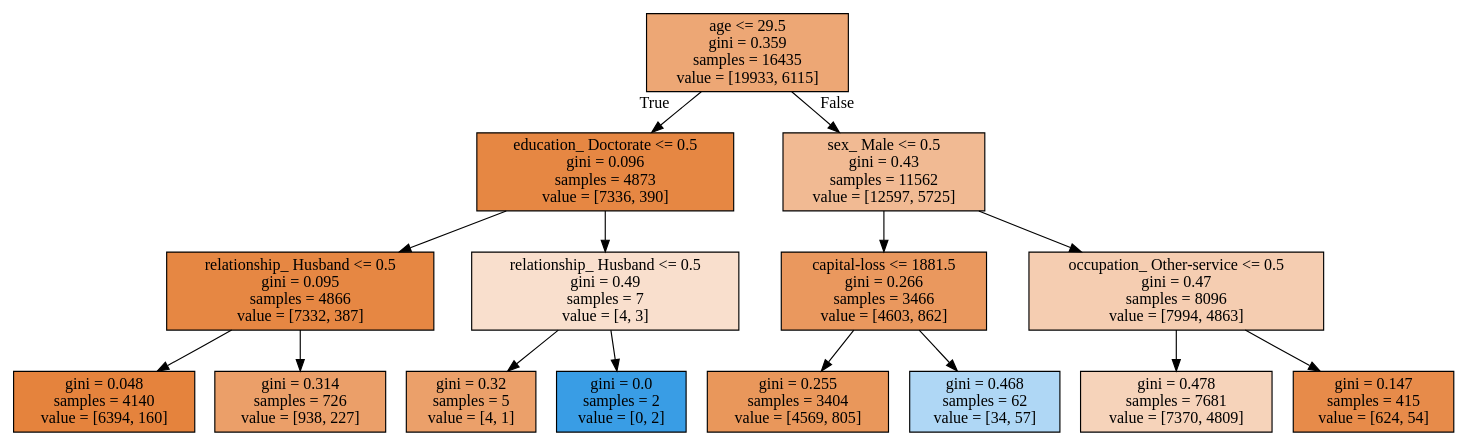
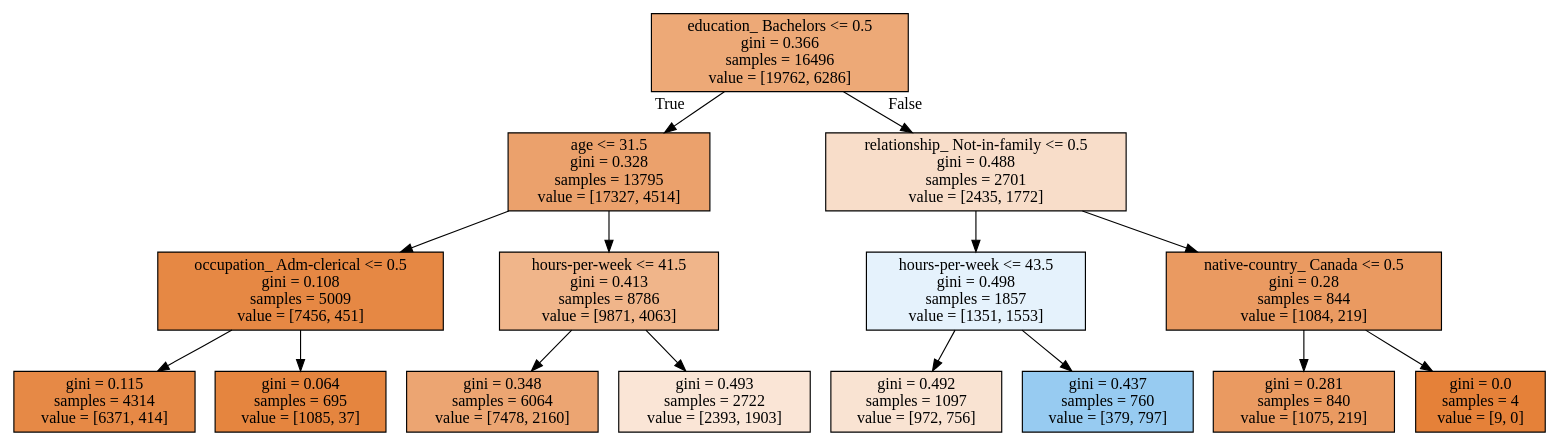
The diagram in models/tree1.dot (shirmeir/notebooks), drawn with Graphviz before and after one commit. The commit also changed 3 other files, not shown here.

```diff
--- a/models/tree1.dot
+++ b/models/tree1.dot
@@ -1,32 +1,32 @@
 digraph Tree {
 node [shape=box, style="filled", color="black"] ;
-0 [label="age <= 29.5\ngini = 0.359\nsamples = 16435\nvalue = [19933, 6115]", fillcolor="#e58139b1"] ;
-1 [label="education_ Doctorate <= 0.5\ngini = 0.096\nsamples = 4873\nvalue = [7336, 390]", fillcolor="#e58139f1"] ;
+0 [label="education_ Bachelors <= 0.5\ngini = 0.366\nsamples = 16496\nvalue = [19762, 6286]", fillcolor="#e58139ae"] ;
+1 [label="age <= 31.5\ngini = 0.328\nsamples = 13795\nvalue = [17327, 4514]", fillcolor="#e58139bd"] ;
 0 -> 1 [labeldistance=2.5, labelangle=45, headlabel="True"] ;
-2 [label="relationship_ Husband <= 0.5\ngini = 0.095\nsamples = 4866\nvalue = [7332, 387]", fillcolor="#e58139f2"] ;
+2 [label="occupation_ Adm-clerical <= 0.5\ngini = 0.108\nsamples = 5009\nvalue = [7456, 451]", fillcolor="#e58139f0"] ;
 1 -> 2 ;
-3 [label="gini = 0.048\nsamples = 4140\nvalue = [6394, 160]", fillcolor="#e58139f9"] ;
+3 [label="gini = 0.115\nsamples = 4314\nvalue = [6371, 414]", fillcolor="#e58139ee"] ;
 2 -> 3 ;
-4 [label="gini = 0.314\nsamples = 726\nvalue = [938, 227]", fillcolor="#e58139c1"] ;
+4 [label="gini = 0.064\nsamples = 695\nvalue = [1085, 37]", fillcolor="#e58139f6"] ;
 2 -> 4 ;
-5 [label="relationship_ Husband <= 0.5\ngini = 0.49\nsamples = 7\nvalue = [4, 3]", fillcolor="#e5813940"] ;
+5 [label="hours-per-week <= 41.5\ngini = 0.413\nsamples = 8786\nvalue = [9871, 4063]", fillcolor="#e5813996"] ;
 1 -> 5 ;
-6 [label="gini = 0.32\nsamples = 5\nvalue = [4, 1]", fillcolor="#e58139bf"] ;
+6 [label="gini = 0.348\nsamples = 6064\nvalue = [7478, 2160]", fillcolor="#e58139b5"] ;
 5 -> 6 ;
-7 [label="gini = 0.0\nsamples = 2\nvalue = [0, 2]", fillcolor="#399de5ff"] ;
+7 [label="gini = 0.493\nsamples = 2722\nvalue = [2393, 1903]", fillcolor="#e5813934"] ;
 5 -> 7 ;
-8 [label="sex_ Male <= 0.5\ngini = 0.43\nsamples = 11562\nvalue = [12597, 5725]", fillcolor="#e581398b"] ;
+8 [label="relationship_ Not-in-family <= 0.5\ngini = 0.488\nsamples = 2701\nvalue = [2435, 1772]", fillcolor="#e5813945"] ;
 0 -> 8 [labeldistance=2.5, labelangle=-45, headlabel="False"] ;
-9 [label="capital-loss <= 1881.5\ngini = 0.266\nsamples = 3466\nvalue = [4603, 862]", fillcolor="#e58139cf"] ;
+9 [label="hours-per-week <= 43.5\ngini = 0.498\nsamples = 1857\nvalue = [1351, 1553]", fillcolor="#399de521"] ;
 8 -> 9 ;
-10 [label="gini = 0.255\nsamples = 3404\nvalue = [4569, 805]", fillcolor="#e58139d2"] ;
+10 [label="gini = 0.492\nsamples = 1097\nvalue = [972, 756]", fillcolor="#e5813939"] ;
 9 -> 10 ;
-11 [label="gini = 0.468\nsamples = 62\nvalue = [34, 57]", fillcolor="#399de567"] ;
+11 [label="gini = 0.437\nsamples = 760\nvalue = [379, 797]", fillcolor="#399de586"] ;
 9 -> 11 ;
-12 [label="occupation_ Other-service <= 0.5\ngini = 0.47\nsamples = 8096\nvalue = [7994, 4863]", fillcolor="#e5813964"] ;
+12 [label="native-country_ Canada <= 0.5\ngini = 0.28\nsamples = 844\nvalue = [1084, 219]", fillcolor="#e58139cb"] ;
 8 -> 12 ;
-13 [label="gini = 0.478\nsamples = 7681\nvalue = [7370, 4809]", fillcolor="#e5813959"] ;
+13 [label="gini = 0.281\nsamples = 840\nvalue = [1075, 219]", fillcolor="#e58139cb"] ;
 12 -> 13 ;
-14 [label="gini = 0.147\nsamples = 415\nvalue = [624, 54]", fillcolor="#e58139e9"] ;
+14 [label="gini = 0.0\nsamples = 4\nvalue = [9, 0]", fillcolor="#e58139ff"] ;
 12 -> 14 ;
 }
```
